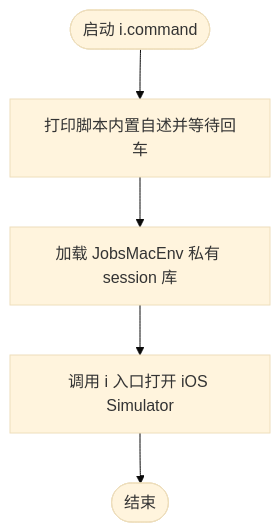
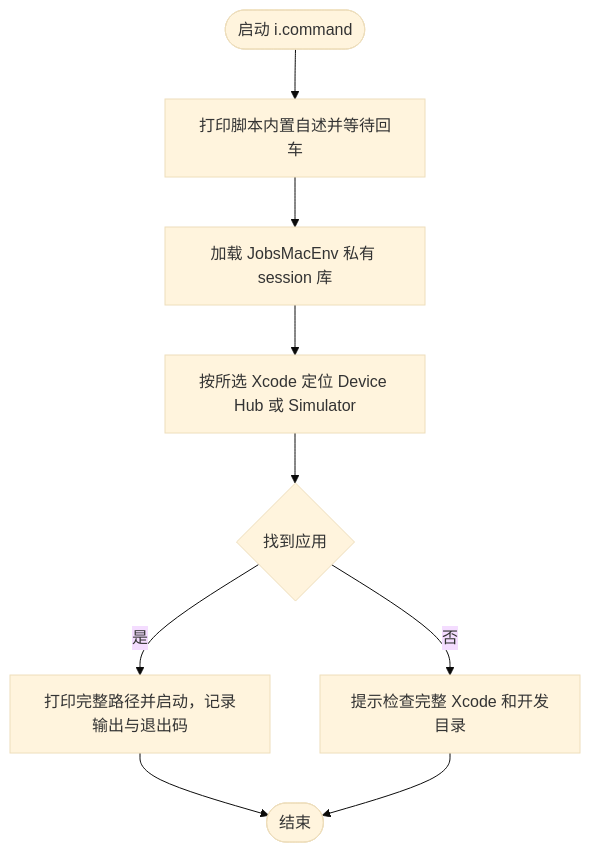
The diagram in scripts/i.command/README.md (JobsKits/JobsMacEnvVarConfigs), drawn with Mermaid (base theme) before and after one commit. The commit also changed other lines of this file and 7 other files, not shown here.

````diff
--- a/scripts/i.command/README.md
+++ b/scripts/i.command/README.md
@@ -52,12 +64,19 @@
 ```mermaid
 flowchart TD
     A([启动 i.command])
     B[打印脚本内置自述并等待回车]
     A --> B
     C[加载 JobsMacEnv 私有 session 库]
     B --> C
-    D[调用 i 入口打开 iOS Simulator]
+    D[按所选 Xcode 定位 Device Hub 或 Simulator]
     C --> D
+    F{找到应用}
+    D --> F
+    G[打印完整路径并启动，记录输出与退出码]
+    F -->|是| G
+    H[提示检查完整 Xcode 和开发目录]
+    F -->|否| H
     E([结束])
-    D --> E
+    G --> E
+    H --> E
 ```
````
